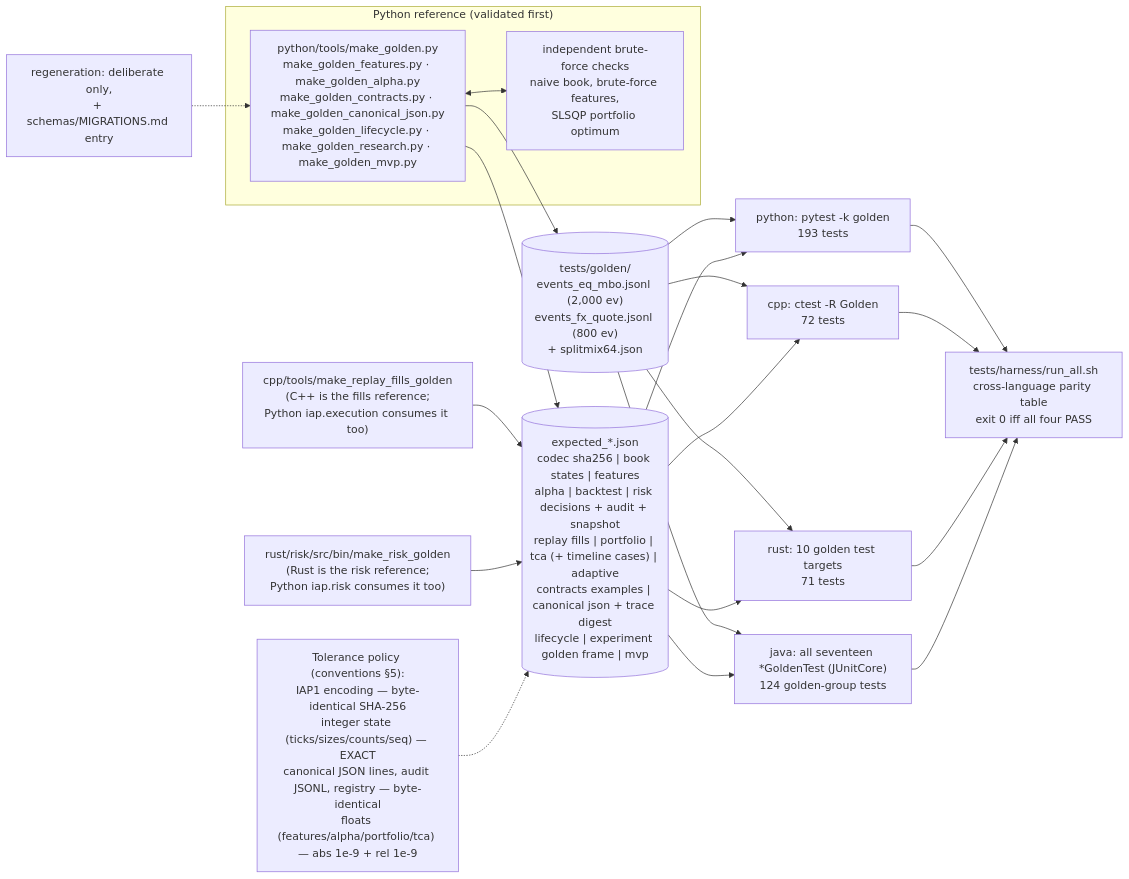
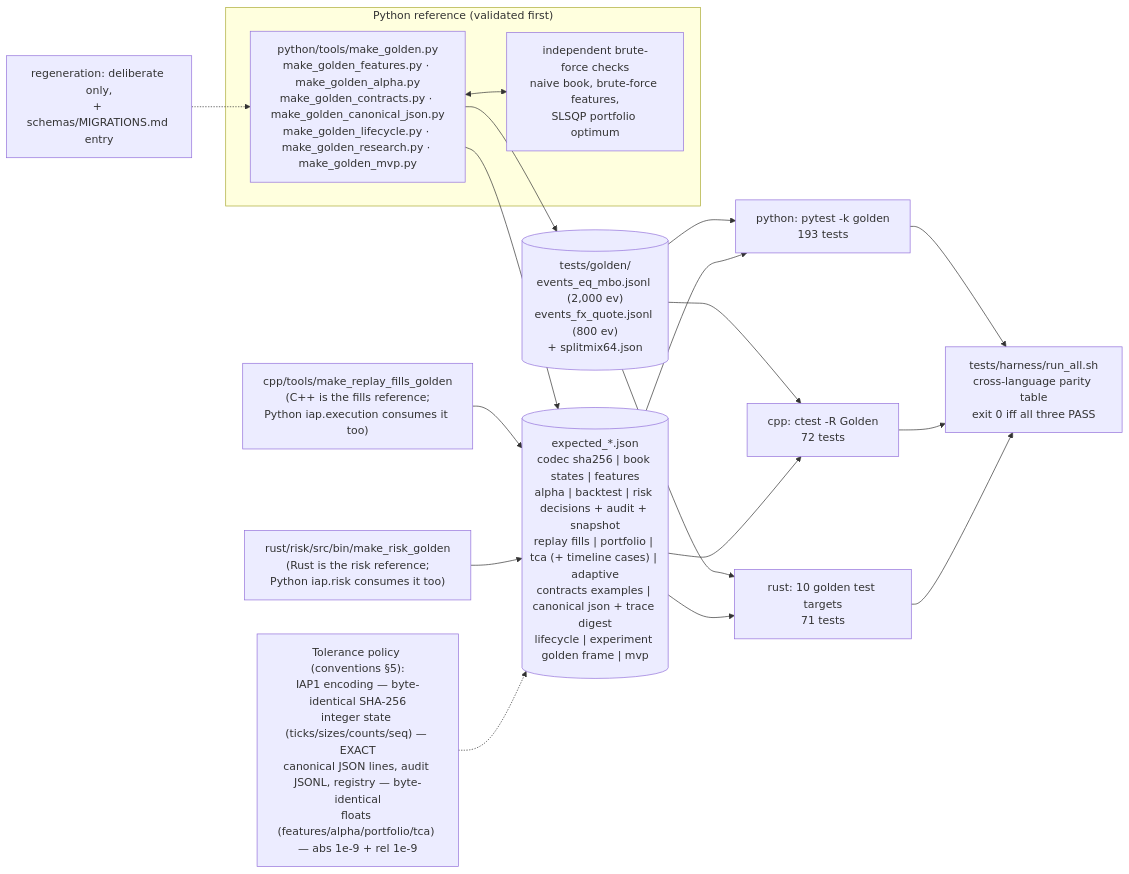
The diagram in docs/diagrams/golden_topology.mmd (AshJha0/intraday-alpha-platform), drawn with Mermaid before and after one commit. The commit also changed 233 other files, not shown here.

```diff
--- a/docs/diagrams/golden_topology.mmd
+++ b/docs/diagrams/golden_topology.mmd
@@ -1,24 +1,21 @@
 flowchart LR
     subgraph REF["Python reference (validated first)"]
         MG["python/tools/make_golden.py<br/>make_golden_features.py · make_golden_alpha.py<br/>make_golden_contracts.py · make_golden_canonical_json.py<br/>make_golden_lifecycle.py · make_golden_research.py · make_golden_mvp.py"]
         BF["independent brute-force checks<br/>naive book, brute-force features,<br/>SLSQP portfolio optimum"]
         MG <--> BF
     end
     MG --> GV[("tests/golden/<br/>events_eq_mbo.jsonl (2,000 ev)<br/>events_fx_quote.jsonl (800 ev)<br/>+ splitmix64.json")]
     MG --> EXP[("expected_*.json<br/>codec sha256 | book states | features<br/>alpha | backtest | risk decisions + audit + snapshot<br/>replay fills | portfolio | tca (+ timeline cases) | adaptive<br/>contracts examples | canonical json + trace digest<br/>lifecycle | experiment golden frame | mvp")]
     CPPTOOL["cpp/tools/make_replay_fills_golden<br/>(C++ is the fills reference;<br/>Python iap.execution consumes it too)"] --> EXP
     RSTOOL["rust/risk/src/bin/make_risk_golden<br/>(Rust is the risk reference;<br/>Python iap.risk consumes it too)"] --> EXP
     GV --> PY["python: pytest -k golden<br/>193 tests"]
     GV --> CPP["cpp: ctest -R Golden<br/>72 tests"]
     GV --> RS["rust: 10 golden test targets<br/>71 tests"]
-    GV --> JV["java: all seventeen *GoldenTest (JUnitCore)<br/>124 golden-group tests"]
     EXP --> PY
     EXP --> CPP
     EXP --> RS
-    EXP --> JV
-    PY --> TAB["tests/harness/run_all.sh<br/>cross-language parity table<br/>exit 0 iff all four PASS"]
+    PY --> TAB["tests/harness/run_all.sh<br/>cross-language parity table<br/>exit 0 iff all three PASS"]
     CPP --> TAB
     RS --> TAB
-    JV --> TAB
     TOL["Tolerance policy (conventions §5):<br/>IAP1 encoding — byte-identical SHA-256<br/>integer state (ticks/sizes/counts/seq) — EXACT<br/>canonical JSON lines, audit JSONL, registry — byte-identical<br/>floats (features/alpha/portfolio/tca) — abs 1e-9 + rel 1e-9"] -.-> EXP
     MIG["regeneration: deliberate only,<br/>+ schemas/MIGRATIONS.md entry"] -.-> MG
```
